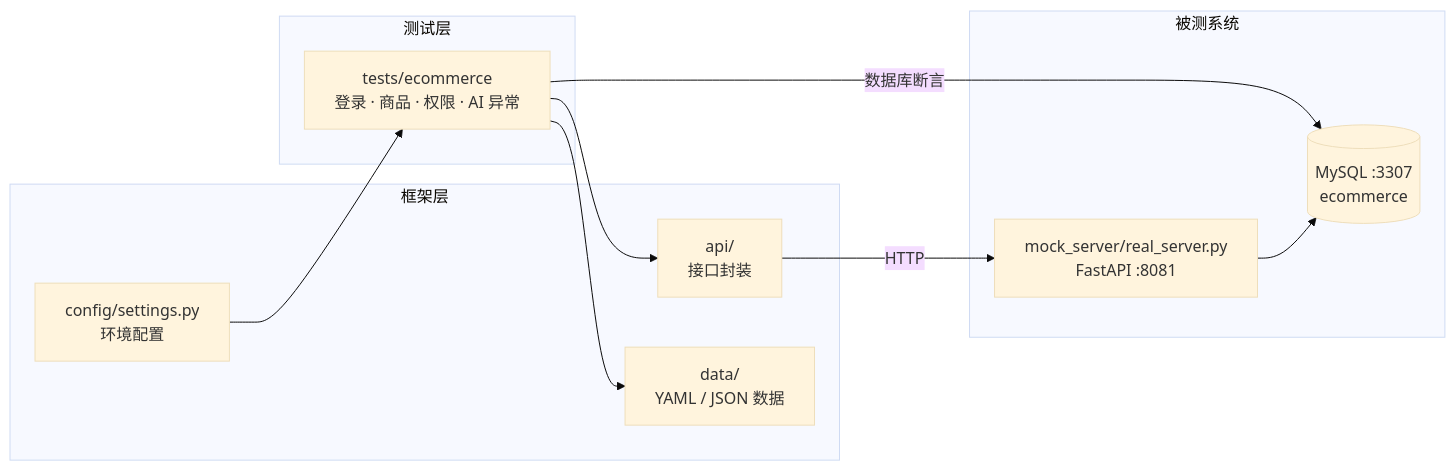
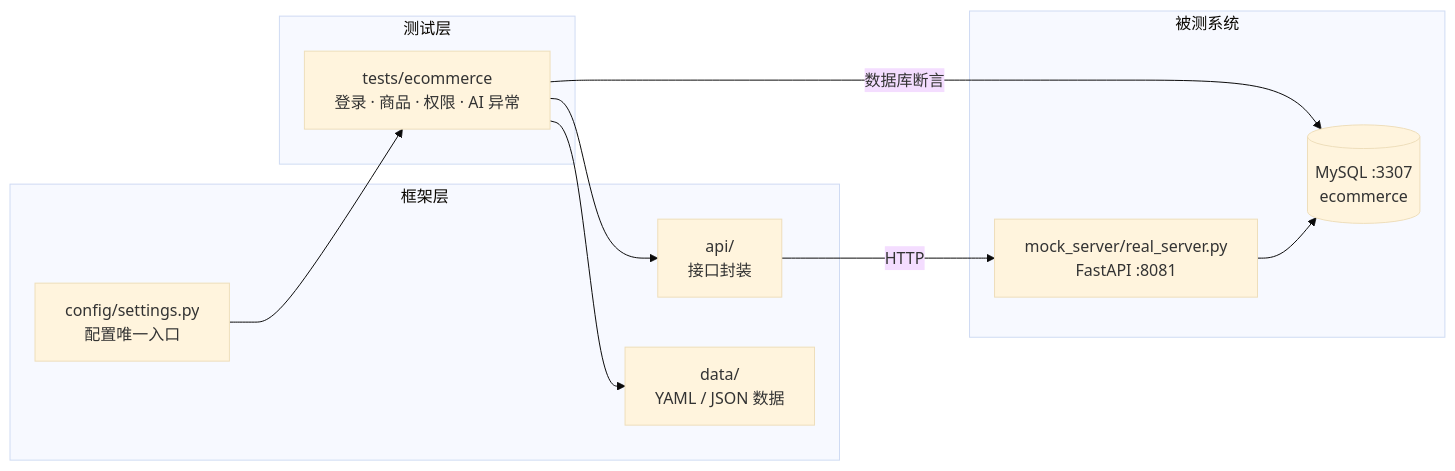
The first of 2 diagrams in README.md (chenjt-bit/api-auto-demo), drawn with Mermaid (base theme) before and after one commit. The commit also changed other lines of this file, not shown here.

````diff
--- a/README.md
+++ b/README.md
@@ -86,22 +86,22 @@
 ```mermaid
 flowchart LR
     subgraph 测试层
         T["tests/ecommerce<br/>登录 · 商品 · 权限 · AI 异常"]
     end
     subgraph 框架层
-        C["config/settings.py<br/>环境配置"]
+        C["config/settings.py<br/>配置唯一入口"]
         A["api/<br/>接口封装"]
         D["data/<br/>YAML / JSON 数据"]
     end
     subgraph 被测系统
         S["mock_server/real_server.py<br/>FastAPI :8081"]
         DB[("MySQL :3307<br/>ecommerce")]
     end
 
     T --> A
     T --> D
     T -->|数据库断言| DB
     A -->|HTTP| S
     C --> T
     S --> DB
 ```
````
